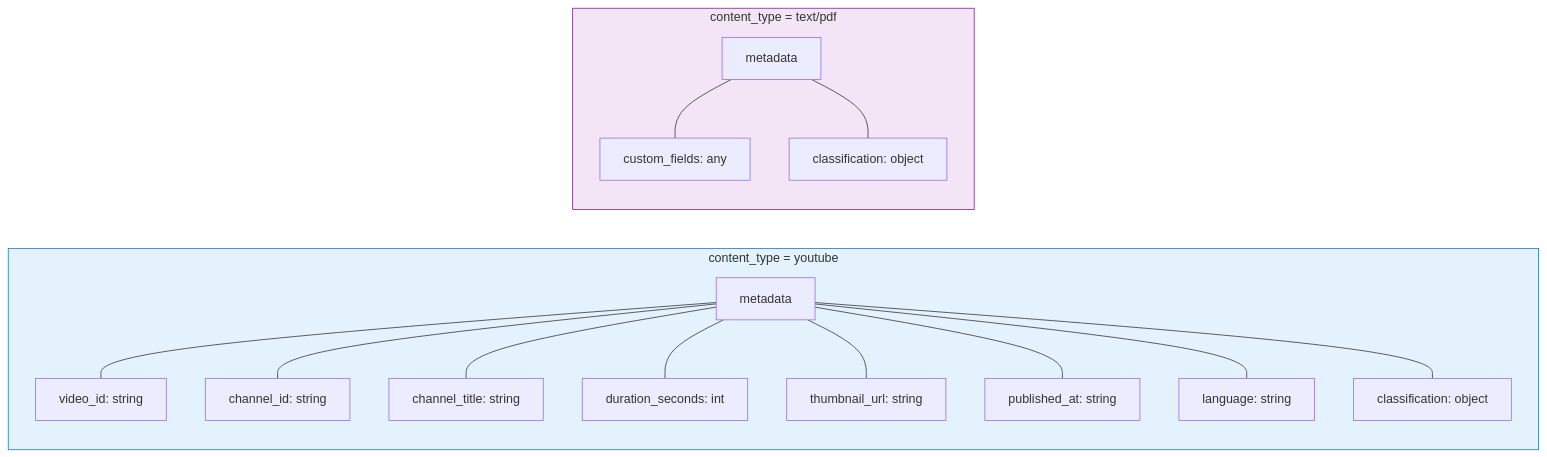
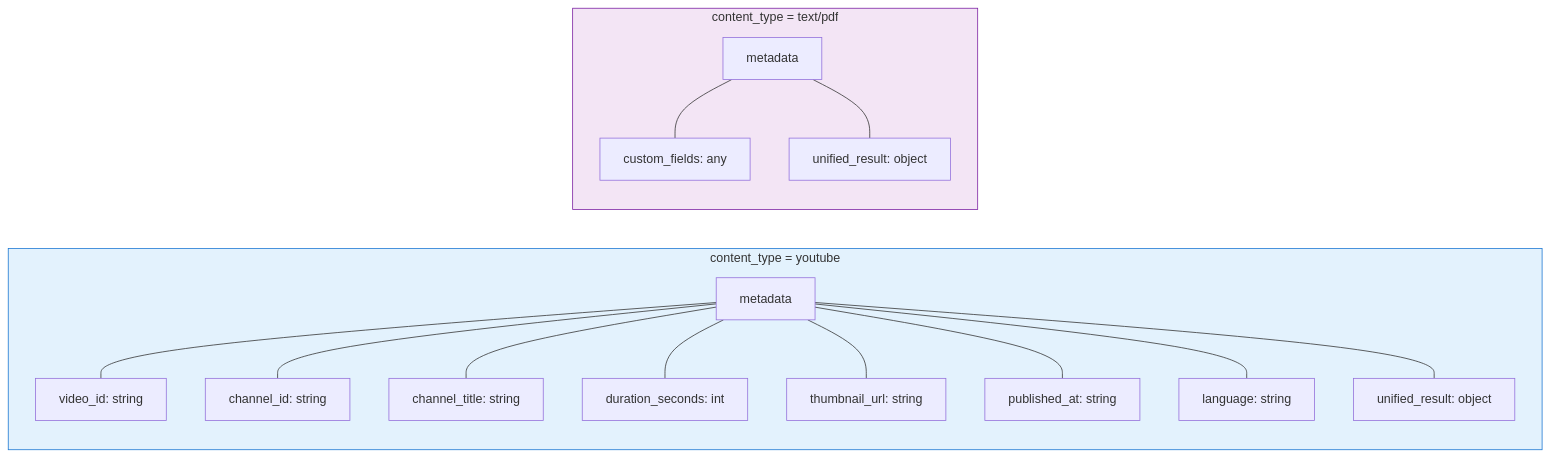
One commit to ilude/menos changed the second of 8 diagrams in docs/schema.md. Above: the diagram before and after it, drawn with Mermaid. The commit also changed other lines of this file and 46 other files, not shown here.

````diff
--- a/docs/schema.md
+++ b/docs/schema.md
@@ -119,23 +130,23 @@
 ```mermaid
 flowchart LR
     subgraph YouTube["content_type = youtube"]
         YM["metadata"]
         YM --- YF1["video_id: string"]
         YM --- YF2["channel_id: string"]
         YM --- YF3["channel_title: string"]
         YM --- YF4["duration_seconds: int"]
         YM --- YF5["thumbnail_url: string"]
         YM --- YF6["published_at: string"]
         YM --- YF7["language: string"]
-        YM --- YF8["classification: object"]
+        YM --- YF8["unified_result: object"]
     end
 
     subgraph General["content_type = text/pdf"]
         GM["metadata"]
         GM --- GF1["custom_fields: any"]
-        GM --- GF2["classification: object"]
+        GM --- GF2["unified_result: object"]
     end
 
     style YouTube fill:#e3f2fd,stroke:#1976d2
     style General fill:#f3e5f5,stroke:#7b1fa2
 ```
````
